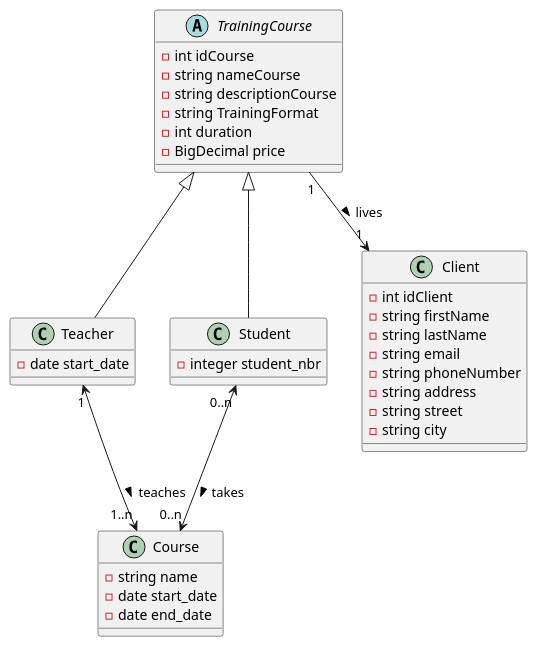
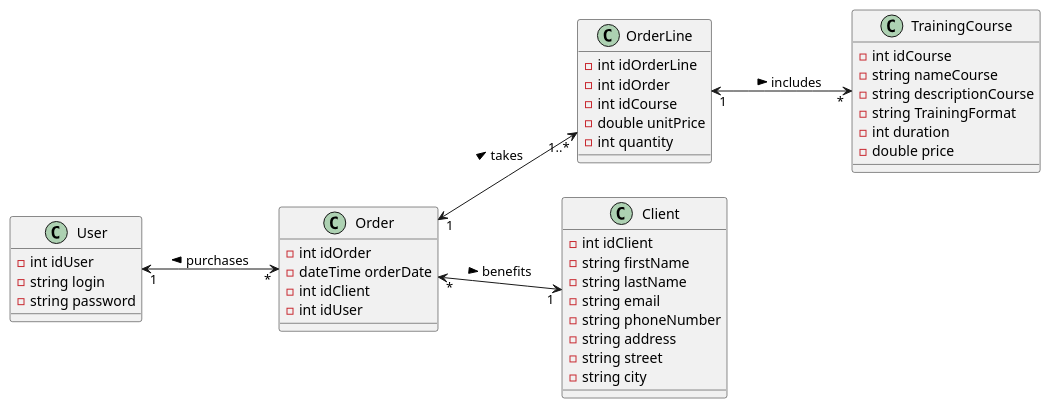
One commit to albanmartel/evaluation_metier_java changed the diagram in doc/uml/2-class/class_diagram_for-the-Training_Sales-Application.puml. Above: the diagram before and after it, drawn with PlantUML.

Commit message:
UPDATE: script plantuml qui produit un diagramme correct

```diff
--- a/doc/uml/2-class/class_diagram_for-the-Training_Sales-Application.puml
+++ b/doc/uml/2-class/class_diagram_for-the-Training_Sales-Application.puml
@@ -1,54 +1,56 @@
-@startuml School
+@startuml TrainingSallesApplication
+left to right direction
 
-abstract class TrainingCourse
-{
+class TrainingCourse{
     -int idCourse
     -string nameCourse
     -string descriptionCourse
     -string TrainingFormat
     -int duration
-    -BigDecimal price
+    -double price
 }
 
-class Teacher 
-{
-    -date start_date
+class Order{
+    -int idOrder
+    -dateTime orderDate
+    -int idClient
+    -int idUser
 }
 
-class Student
-{
-    -integer student_nbr
+class OrderLine{
+    -int idOrderLine
+    -int idOrder
+    -int idCourse
+    -double unitPrice
+    -int quantity
 }
 
-class Client
-{
+class Client{
     -int idClient
 	-string firstName
     -string lastName
     -string email
     -string phoneNumber
     -string address
     -string street
     -string city
 }
- 
-class Course
-{
-    -string name
-    -date start_date
-    -date end_date
+
+class User{
+    - int idUser
+    - string login
+    - string password
 } 
 
 
-TrainingCourse <|-- Student 
+Order "*" <--> "1" Client : benefits >
 
-TrainingCourse <|-- Teacher
+User "1" <--> "*" Order : purchases < 
 
-TrainingCourse "1" --> "1" Client : lives >
+Order "1" <--> "1..*" OrderLine : takes >
 
-Student "0..n" <--> "0..n" Course : takes >
+OrderLine "1" <--> "*" TrainingCourse : includes >
 
-Course "1..n" <--u> "1" Teacher : teaches < 
 
 
 @enduml
```
